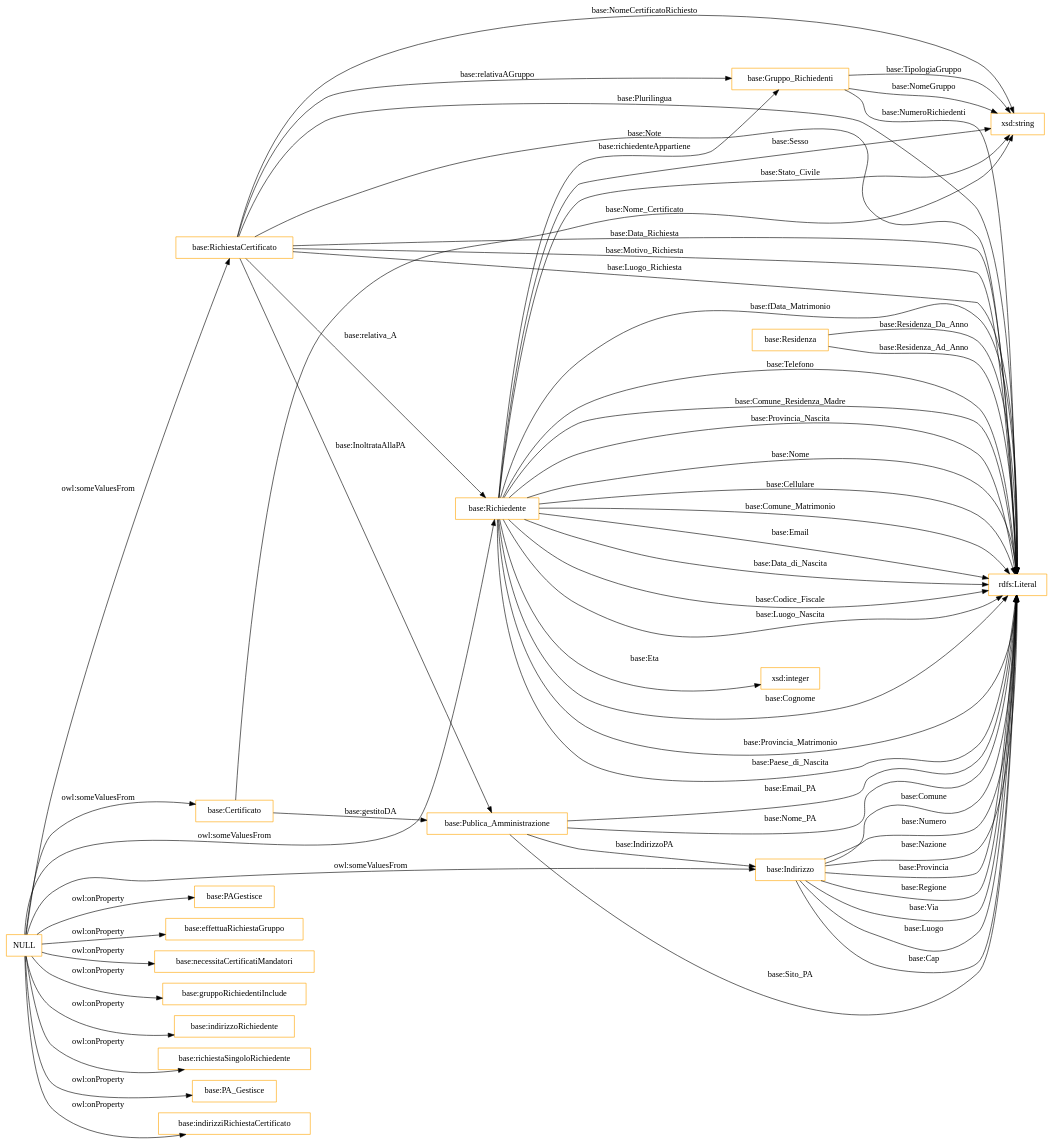
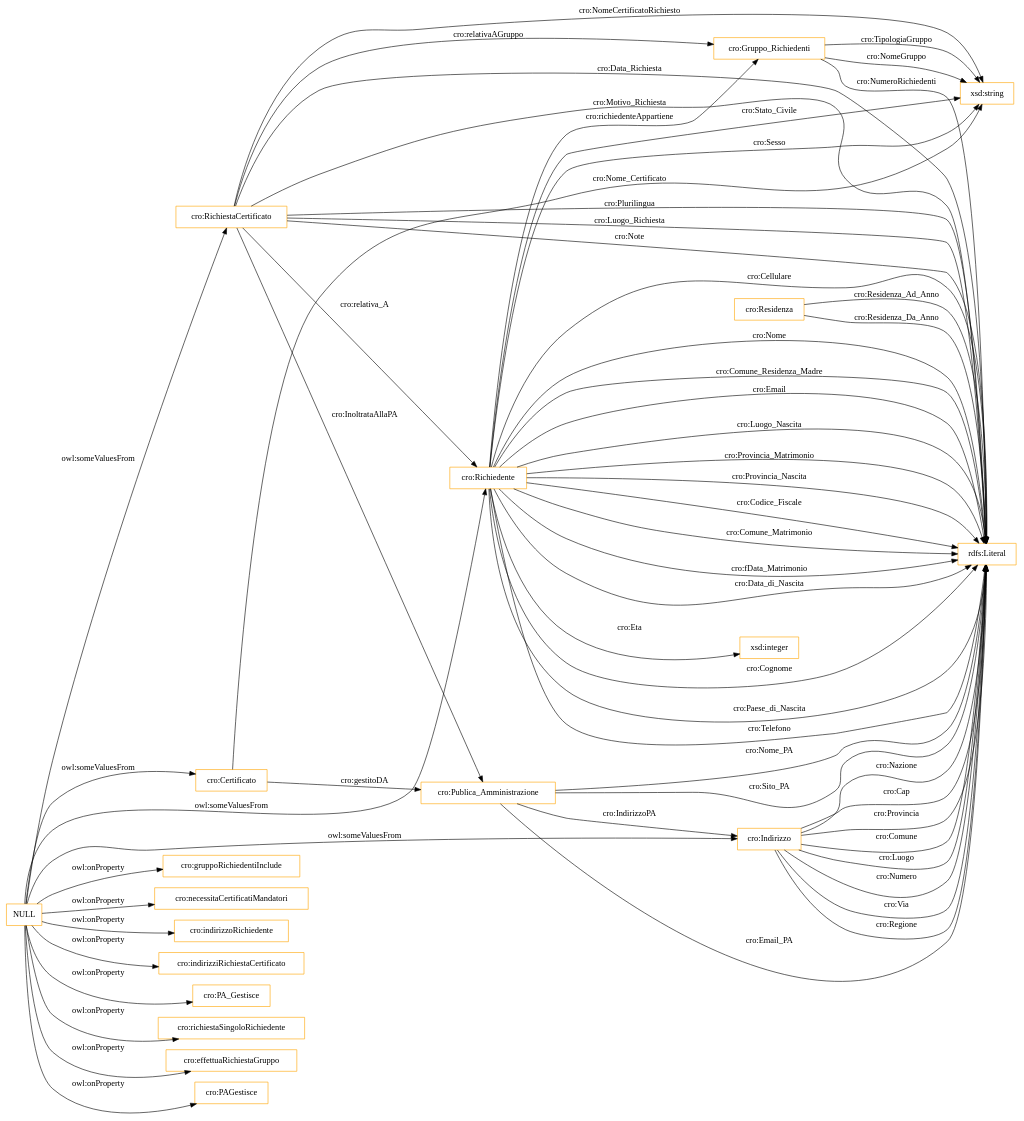
Before and after one commit to gcarau/RichiestaCertificati: the diagram in OnToology/CertificateRequest.ttl/diagrams/ar2dtool-class/CertificateRequest.ttl.png.dot, drawn with Graphviz. The commit also changed 12 other files, not shown here.

```diff
--- a/OnToology/CertificateRequest.ttl/diagrams/ar2dtool-class/CertificateRequest.ttl.png.dot
+++ b/OnToology/CertificateRequest.ttl/diagrams/ar2dtool-class/CertificateRequest.ttl.png.dot
@@ -1,64 +1,64 @@
 digraph ar2dtool_diagram { 
 rankdir=LR;
 size="1501"
-node [shape = rectangle, color="orange"]; "base:Gruppo_Richiedenti" "base:Residenza" "base:Indirizzo" "base:Richiedente" "base:Certificato" "base:Publica_Amministrazione" "base:RichiestaCertificato" ; /*classes style*/
-	"NULL" -> "base:PAGestisce" [ label = "owl:onProperty" ];
-	"NULL" -> "base:effettuaRichiestaGruppo" [ label = "owl:onProperty" ];
-	"NULL" -> "base:Certificato" [ label = "owl:someValuesFrom" ];
-	"NULL" -> "base:necessitaCertificatiMandatori" [ label = "owl:onProperty" ];
-	"NULL" -> "base:gruppoRichiedentiInclude" [ label = "owl:onProperty" ];
-	"NULL" -> "base:indirizzoRichiedente" [ label = "owl:onProperty" ];
-	"NULL" -> "base:richiestaSingoloRichiedente" [ label = "owl:onProperty" ];
-	"NULL" -> "base:RichiestaCertificato" [ label = "owl:someValuesFrom" ];
-	"NULL" -> "base:Richiedente" [ label = "owl:someValuesFrom" ];
-	"NULL" -> "base:PA_Gestisce" [ label = "owl:onProperty" ];
-	"NULL" -> "base:indirizziRichiestaCertificato" [ label = "owl:onProperty" ];
-	"NULL" -> "base:Indirizzo" [ label = "owl:someValuesFrom" ];
-	"base:RichiestaCertificato" -> "rdfs:Literal" [ label = "base:Data_Richiesta" ];
-	"base:Publica_Amministrazione" -> "base:Indirizzo" [ label = "base:IndirizzoPA" ];
-	"base:Richiedente" -> "rdfs:Literal" [ label = "base:Comune_Residenza_Madre" ];
-	"base:Indirizzo" -> "rdfs:Literal" [ label = "base:Regione" ];
-	"base:Richiedente" -> "rdfs:Literal" [ label = "base:Provincia_Nascita" ];
-	"base:RichiestaCertificato" -> "base:Richiedente" [ label = "base:relativa_A" ];
-	"base:Richiedente" -> "rdfs:Literal" [ label = "base:Nome" ];
-	"base:RichiestaCertificato" -> "rdfs:Literal" [ label = "base:Motivo_Richiesta" ];
-	"base:Richiedente" -> "rdfs:Literal" [ label = "base:Cellulare" ];
-	"base:Gruppo_Richiedenti" -> "xsd:string" [ label = "base:NomeGruppo" ];
-	"base:RichiestaCertificato" -> "xsd:string" [ label = "base:NomeCertificatoRichiesto" ];
-	"base:Richiedente" -> "rdfs:Literal" [ label = "base:Comune_Matrimonio" ];
-	"base:RichiestaCertificato" -> "base:Publica_Amministrazione" [ label = "base:InoltrataAllaPA" ];
-	"base:Gruppo_Richiedenti" -> "xsd:string" [ label = "base:TipologiaGruppo" ];
-	"base:Certificato" -> "xsd:string" [ label = "base:Nome_Certificato" ];
-	"base:Richiedente" -> "rdfs:Literal" [ label = "base:Email" ];
-	"base:Richiedente" -> "rdfs:Literal" [ label = "base:Data_di_Nascita" ];
-	"base:Publica_Amministrazione" -> "rdfs:Literal" [ label = "base:Sito_PA" ];
-	"base:Certificato" -> "base:Publica_Amministrazione" [ label = "base:gestitoDA" ];
-	"base:Indirizzo" -> "rdfs:Literal" [ label = "base:Via" ];
-	"base:Richiedente" -> "rdfs:Literal" [ label = "base:Codice_Fiscale" ];
-	"base:RichiestaCertificato" -> "rdfs:Literal" [ label = "base:Luogo_Richiesta" ];
-	"base:Indirizzo" -> "rdfs:Literal" [ label = "base:Luogo" ];
-	"base:Residenza" -> "rdfs:Literal" [ label = "base:Residenza_Da_Anno" ];
-	"base:Richiedente" -> "xsd:integer" [ label = "base:Eta" ];
-	"base:Indirizzo" -> "rdfs:Literal" [ label = "base:Cap" ];
-	"base:Richiedente" -> "xsd:string" [ label = "base:Stato_Civile" ];
-	"base:Richiedente" -> "rdfs:Literal" [ label = "base:Luogo_Nascita" ];
-	"base:Indirizzo" -> "rdfs:Literal" [ label = "base:Comune" ];
-	"base:RichiestaCertificato" -> "rdfs:Literal" [ label = "base:Plurilingua" ];
-	"base:RichiestaCertificato" -> "base:Gruppo_Richiedenti" [ label = "base:relativaAGruppo" ];
-	"base:Publica_Amministrazione" -> "rdfs:Literal" [ label = "base:Email_PA" ];
-	"base:Publica_Amministrazione" -> "rdfs:Literal" [ label = "base:Nome_PA" ];
-	"base:Richiedente" -> "base:Gruppo_Richiedenti" [ label = "base:richiedenteAppartiene" ];
-	"base:RichiestaCertificato" -> "rdfs:Literal" [ label = "base:Note" ];
-	"base:Richiedente" -> "xsd:string" [ label = "base:Sesso" ];
-	"base:Richiedente" -> "rdfs:Literal" [ label = "base:Cognome" ];
-	"base:Indirizzo" -> "rdfs:Literal" [ label = "base:Numero" ];
-	"base:Indirizzo" -> "rdfs:Literal" [ label = "base:Nazione" ];
-	"base:Indirizzo" -> "rdfs:Literal" [ label = "base:Provincia" ];
-	"base:Richiedente" -> "rdfs:Literal" [ label = "base:Provincia_Matrimonio" ];
-	"base:Richiedente" -> "rdfs:Literal" [ label = "base:Paese_di_Nascita" ];
-	"base:Richiedente" -> "rdfs:Literal" [ label = "base:fData_Matrimonio" ];
-	"base:Richiedente" -> "rdfs:Literal" [ label = "base:Telefono" ];
-	"base:Residenza" -> "rdfs:Literal" [ label = "base:Residenza_Ad_Anno" ];
-	"base:Gruppo_Richiedenti" -> "rdfs:Literal" [ label = "base:NumeroRichiedenti" ];
+node [shape = rectangle, color="orange"]; "cro:Gruppo_Richiedenti" "cro:Residenza" "cro:Indirizzo" "cro:Richiedente" "cro:Certificato" "cro:Publica_Amministrazione" "cro:RichiestaCertificato" ; /*classes style*/
+	"NULL" -> "cro:gruppoRichiedentiInclude" [ label = "owl:onProperty" ];
+	"NULL" -> "cro:necessitaCertificatiMandatori" [ label = "owl:onProperty" ];
+	"NULL" -> "cro:indirizzoRichiedente" [ label = "owl:onProperty" ];
+	"NULL" -> "cro:indirizziRichiestaCertificato" [ label = "owl:onProperty" ];
+	"NULL" -> "cro:PA_Gestisce" [ label = "owl:onProperty" ];
+	"NULL" -> "cro:richiestaSingoloRichiedente" [ label = "owl:onProperty" ];
+	"NULL" -> "cro:effettuaRichiestaGruppo" [ label = "owl:onProperty" ];
+	"NULL" -> "cro:PAGestisce" [ label = "owl:onProperty" ];
+	"NULL" -> "cro:Indirizzo" [ label = "owl:someValuesFrom" ];
+	"NULL" -> "cro:RichiestaCertificato" [ label = "owl:someValuesFrom" ];
+	"NULL" -> "cro:Richiedente" [ label = "owl:someValuesFrom" ];
+	"NULL" -> "cro:Certificato" [ label = "owl:someValuesFrom" ];
+	"cro:Publica_Amministrazione" -> "rdfs:Literal" [ label = "cro:Email_PA" ];
+	"cro:RichiestaCertificato" -> "rdfs:Literal" [ label = "cro:Plurilingua" ];
+	"cro:Residenza" -> "rdfs:Literal" [ label = "cro:Residenza_Ad_Anno" ];
+	"cro:RichiestaCertificato" -> "cro:Richiedente" [ label = "cro:relativa_A" ];
+	"cro:Richiedente" -> "rdfs:Literal" [ label = "cro:Comune_Residenza_Madre" ];
+	"cro:RichiestaCertificato" -> "rdfs:Literal" [ label = "cro:Luogo_Richiesta" ];
+	"cro:Richiedente" -> "rdfs:Literal" [ label = "cro:Email" ];
+	"cro:Gruppo_Richiedenti" -> "xsd:string" [ label = "cro:NomeGruppo" ];
+	"cro:Publica_Amministrazione" -> "rdfs:Literal" [ label = "cro:Nome_PA" ];
+	"cro:Richiedente" -> "rdfs:Literal" [ label = "cro:Luogo_Nascita" ];
+	"cro:Richiedente" -> "rdfs:Literal" [ label = "cro:Provincia_Matrimonio" ];
+	"cro:Gruppo_Richiedenti" -> "rdfs:Literal" [ label = "cro:NumeroRichiedenti" ];
+	"cro:Indirizzo" -> "rdfs:Literal" [ label = "cro:Luogo" ];
+	"cro:Indirizzo" -> "rdfs:Literal" [ label = "cro:Numero" ];
+	"cro:Richiedente" -> "rdfs:Literal" [ label = "cro:Provincia_Nascita" ];
+	"cro:Residenza" -> "rdfs:Literal" [ label = "cro:Residenza_Da_Anno" ];
+	"cro:Certificato" -> "cro:Publica_Amministrazione" [ label = "cro:gestitoDA" ];
+	"cro:Richiedente" -> "rdfs:Literal" [ label = "cro:Codice_Fiscale" ];
+	"cro:Certificato" -> "xsd:string" [ label = "cro:Nome_Certificato" ];
+	"cro:Richiedente" -> "cro:Gruppo_Richiedenti" [ label = "cro:richiedenteAppartiene" ];
+	"cro:Publica_Amministrazione" -> "rdfs:Literal" [ label = "cro:Sito_PA" ];
+	"cro:RichiestaCertificato" -> "rdfs:Literal" [ label = "cro:Note" ];
+	"cro:Richiedente" -> "rdfs:Literal" [ label = "cro:Comune_Matrimonio" ];
+	"cro:Indirizzo" -> "rdfs:Literal" [ label = "cro:Via" ];
+	"cro:RichiestaCertificato" -> "rdfs:Literal" [ label = "cro:Data_Richiesta" ];
+	"cro:Indirizzo" -> "rdfs:Literal" [ label = "cro:Regione" ];
+	"cro:Richiedente" -> "rdfs:Literal" [ label = "cro:fData_Matrimonio" ];
+	"cro:Publica_Amministrazione" -> "cro:Indirizzo" [ label = "cro:IndirizzoPA" ];
+	"cro:Richiedente" -> "rdfs:Literal" [ label = "cro:Data_di_Nascita" ];
+	"cro:Richiedente" -> "xsd:string" [ label = "cro:Sesso" ];
+	"cro:RichiestaCertificato" -> "xsd:string" [ label = "cro:NomeCertificatoRichiesto" ];
+	"cro:Richiedente" -> "xsd:string" [ label = "cro:Stato_Civile" ];
+	"cro:RichiestaCertificato" -> "cro:Gruppo_Richiedenti" [ label = "cro:relativaAGruppo" ];
+	"cro:Richiedente" -> "rdfs:Literal" [ label = "cro:Cognome" ];
+	"cro:Richiedente" -> "rdfs:Literal" [ label = "cro:Paese_di_Nascita" ];
+	"cro:Richiedente" -> "rdfs:Literal" [ label = "cro:Telefono" ];
+	"cro:Indirizzo" -> "rdfs:Literal" [ label = "cro:Nazione" ];
+	"cro:Richiedente" -> "rdfs:Literal" [ label = "cro:Cellulare" ];
+	"cro:Richiedente" -> "rdfs:Literal" [ label = "cro:Nome" ];
+	"cro:Gruppo_Richiedenti" -> "xsd:string" [ label = "cro:TipologiaGruppo" ];
+	"cro:RichiestaCertificato" -> "rdfs:Literal" [ label = "cro:Motivo_Richiesta" ];
+	"cro:Richiedente" -> "xsd:integer" [ label = "cro:Eta" ];
+	"cro:Indirizzo" -> "rdfs:Literal" [ label = "cro:Cap" ];
+	"cro:Indirizzo" -> "rdfs:Literal" [ label = "cro:Provincia" ];
+	"cro:RichiestaCertificato" -> "cro:Publica_Amministrazione" [ label = "cro:InoltrataAllaPA" ];
+	"cro:Indirizzo" -> "rdfs:Literal" [ label = "cro:Comune" ];
 
 }
```
